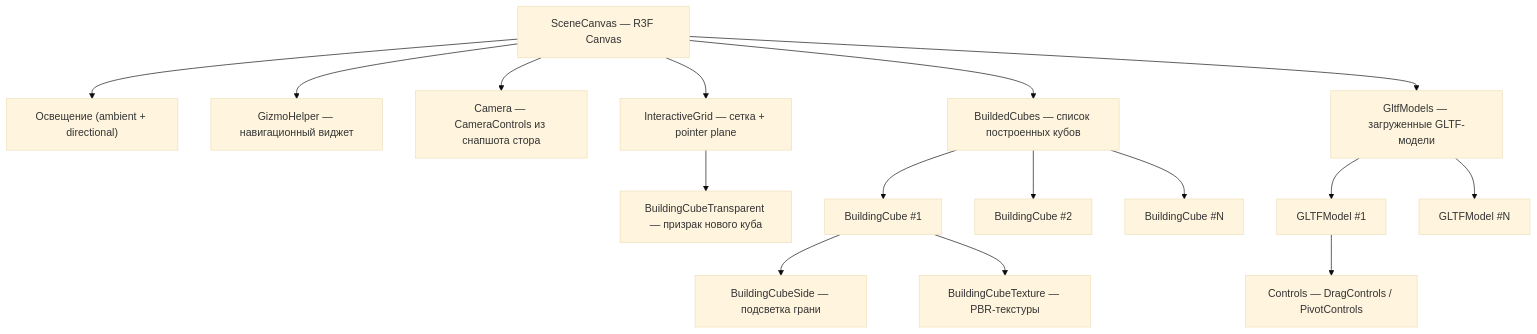
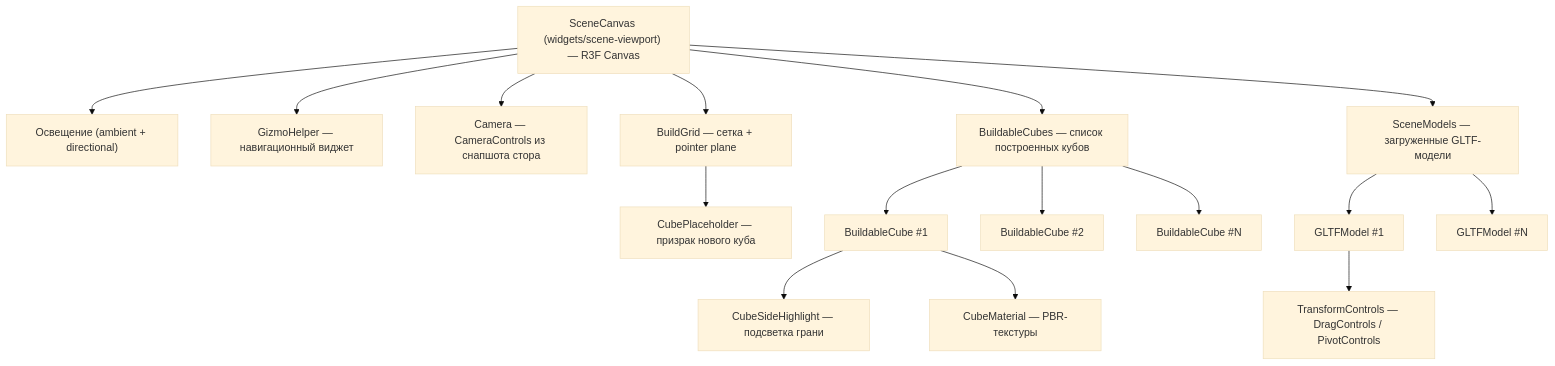
Before and after one commit to Nikita-Ardashev/dnd-frontend: the diagram in docs/04-3d-engine.md, drawn with Mermaid (base theme). The commit also changed other lines of this file and 185 other files, not shown here.

````diff
--- a/docs/04-3d-engine.md
+++ b/docs/04-3d-engine.md
@@ -15,23 +15,23 @@
 ```mermaid
 graph TD
-    Canvas["SceneCanvas — R3F Canvas"]
+    Canvas["SceneCanvas (widgets/scene-viewport) — R3F Canvas"]
     Canvas --> Light["Освещение (ambient + directional)"]
     Canvas --> Gizmo["GizmoHelper — навигационный виджет"]
     Canvas --> Camera["Camera — CameraControls из снапшота стора"]
-    Canvas --> Grid["InteractiveGrid — сетка + pointer plane"]
-    Canvas --> Cubes["BuildedCubes — список построенных кубов"]
-    Canvas --> Models["GltfModels — загруженные GLTF-модели"]
-    Grid --> Ghost["BuildingCubeTransparent — призрак нового куба"]
+    Canvas --> Grid["BuildGrid — сетка + pointer plane"]
+    Canvas --> Cubes["BuildableCubes — список построенных кубов"]
+    Canvas --> Models["SceneModels — загруженные GLTF-модели"]
+    Grid --> Ghost["CubePlaceholder — призрак нового куба"]
 
-    Cubes --> Cube1["BuildingCube #1"]
-    Cubes --> Cube2["BuildingCube #2"]
-    Cubes --> CubeN["BuildingCube #N"]
+    Cubes --> Cube1["BuildableCube #1"]
+    Cubes --> Cube2["BuildableCube #2"]
+    Cubes --> CubeN["BuildableCube #N"]
 
-    Cube1 --> Side["BuildingCubeSide — подсветка грани"]
-    Cube1 --> Tex["BuildingCubeTexture — PBR-текстуры"]
+    Cube1 --> Side["CubeSideHighlight — подсветка грани"]
+    Cube1 --> Tex["CubeMaterial — PBR-текстуры"]
 
     Models --> Model1["GLTFModel #1"]
     Models --> ModelN["GLTFModel #N"]
 
-    Model1 --> Controls["Controls — DragControls / PivotControls"]
+    Model1 --> TransformControls["TransformControls — DragControls / PivotControls"]
 ```
````
